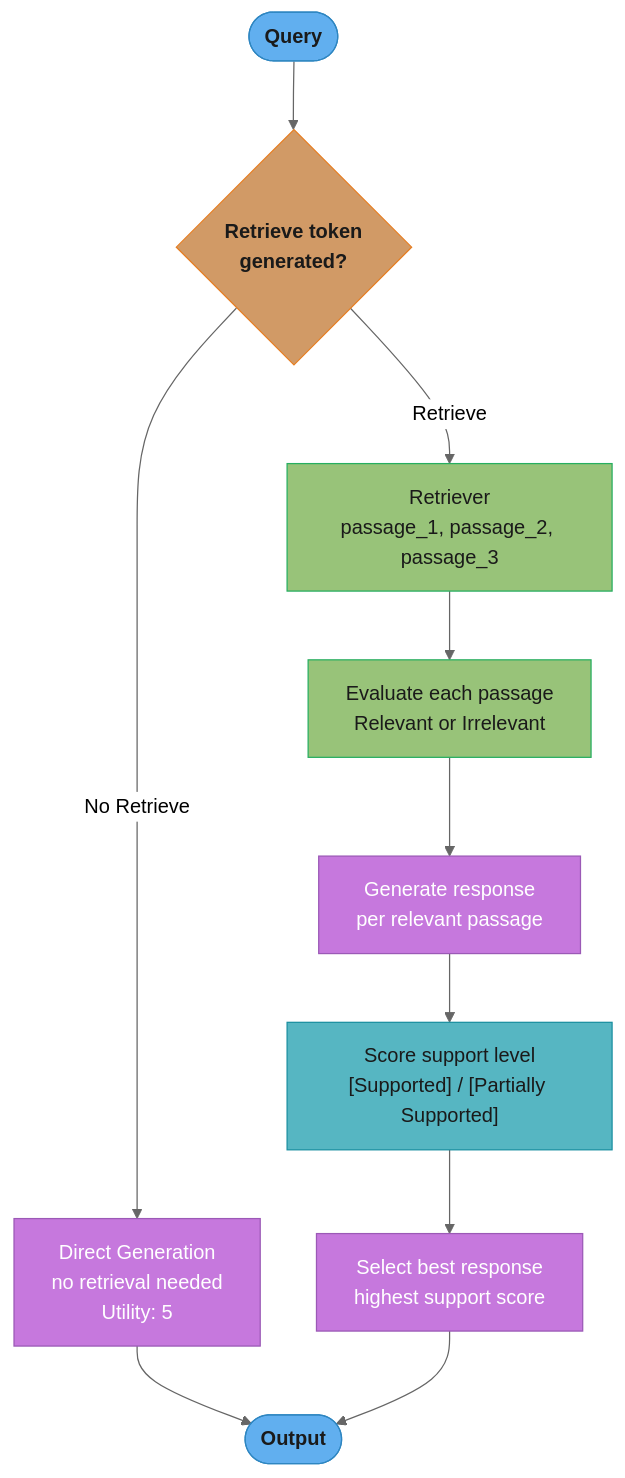
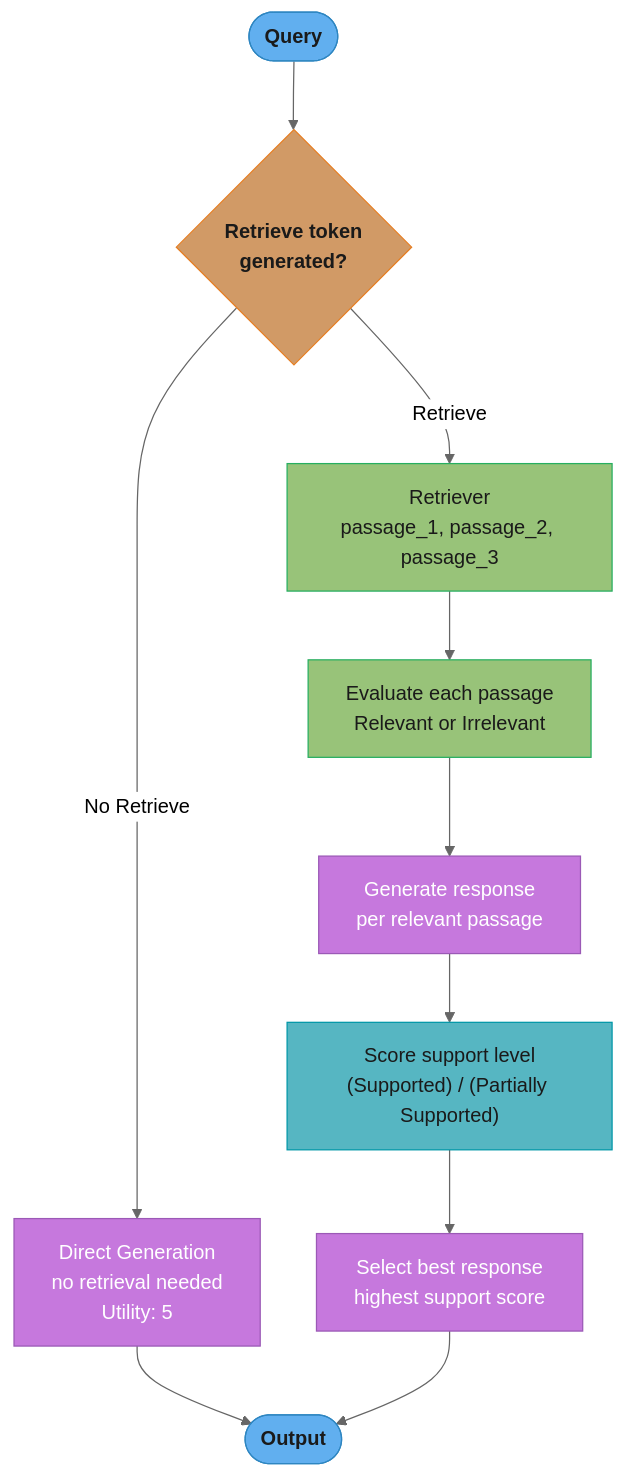
One commit to rppol/system-design changed the diagram in src/main/java/com/rutik/systemdesign/llm/advanced_rag/self_rag.md. Above: the diagram before and after it, drawn with Mermaid (neutral theme). The commit also changed 88 other files, not shown here.

````diff
--- a/src/main/java/com/rutik/systemdesign/llm/advanced_rag/self_rag.md
+++ b/src/main/java/com/rutik/systemdesign/llm/advanced_rag/self_rag.md
@@ -164,25 +164,27 @@
 ```mermaid
 %%{init: {'flowchart': {'curve': 'basis', 'nodeSpacing': 45, 'rankSpacing': 55}}}%%
 flowchart TD
-    classDef io     fill:#61afef,stroke:#2e86c1,color:#1a1a1a,font-weight:bold
-    classDef decide fill:#d19a66,stroke:#e67e22,color:#1a1a1a,font-weight:bold
-    classDef proc   fill:#98c379,stroke:#27ae60,color:#1a1a1a
-    classDef llm    fill:#c678dd,stroke:#9b59b6,color:#fff
-    classDef search fill:#56b6c2,stroke:#1a8fa0,color:#1a1a1a
+    classDef io      fill:#61afef,stroke:#2e86c1,color:#1a1a1a,font-weight:bold
+    classDef frozen  fill:#c678dd,stroke:#9b59b6,color:#fff
+    classDef train   fill:#98c379,stroke:#27ae60,color:#1a1a1a
+    classDef mathOp  fill:#d19a66,stroke:#e67e22,color:#1a1a1a,font-weight:bold
+    classDef lossN   fill:#e06c75,stroke:#c0392b,color:#fff,font-weight:bold
+    classDef req     fill:#56b6c2,stroke:#0097a7,color:#1a1a1a
+    classDef base    fill:#e5c07b,stroke:#f39c12,color:#1a1a1a
 
     Q([Query]) --> DEC{"Retrieve token\ngenerated?"}
     DEC -->|"No Retrieve"| DG["Direct Generation\nno retrieval needed\nUtility: 5"]
     DEC -->|"Retrieve"| RET["Retriever\npassage_1, passage_2, passage_3"]
     RET --> EVAL["Evaluate each passage\nRelevant or Irrelevant"]
     EVAL --> GEN["Generate response\nper relevant passage"]
-    GEN --> SUP["Score support level\n[Supported] / [Partially Supported]"]
+    GEN --> SUP["Score support level\n(Supported) / (Partially Supported)"]
     SUP --> SEL["Select best response\nhighest support score"]
     DG --> ANS([Output])
     SEL --> ANS
 
     class Q,ANS io
-    class DEC decide
-    class RET,EVAL proc
-    class DG,GEN,SEL llm
-    class SUP search
+    class DEC mathOp
+    class RET,EVAL train
+    class DG,GEN,SEL frozen
+    class SUP req
 ```
````
